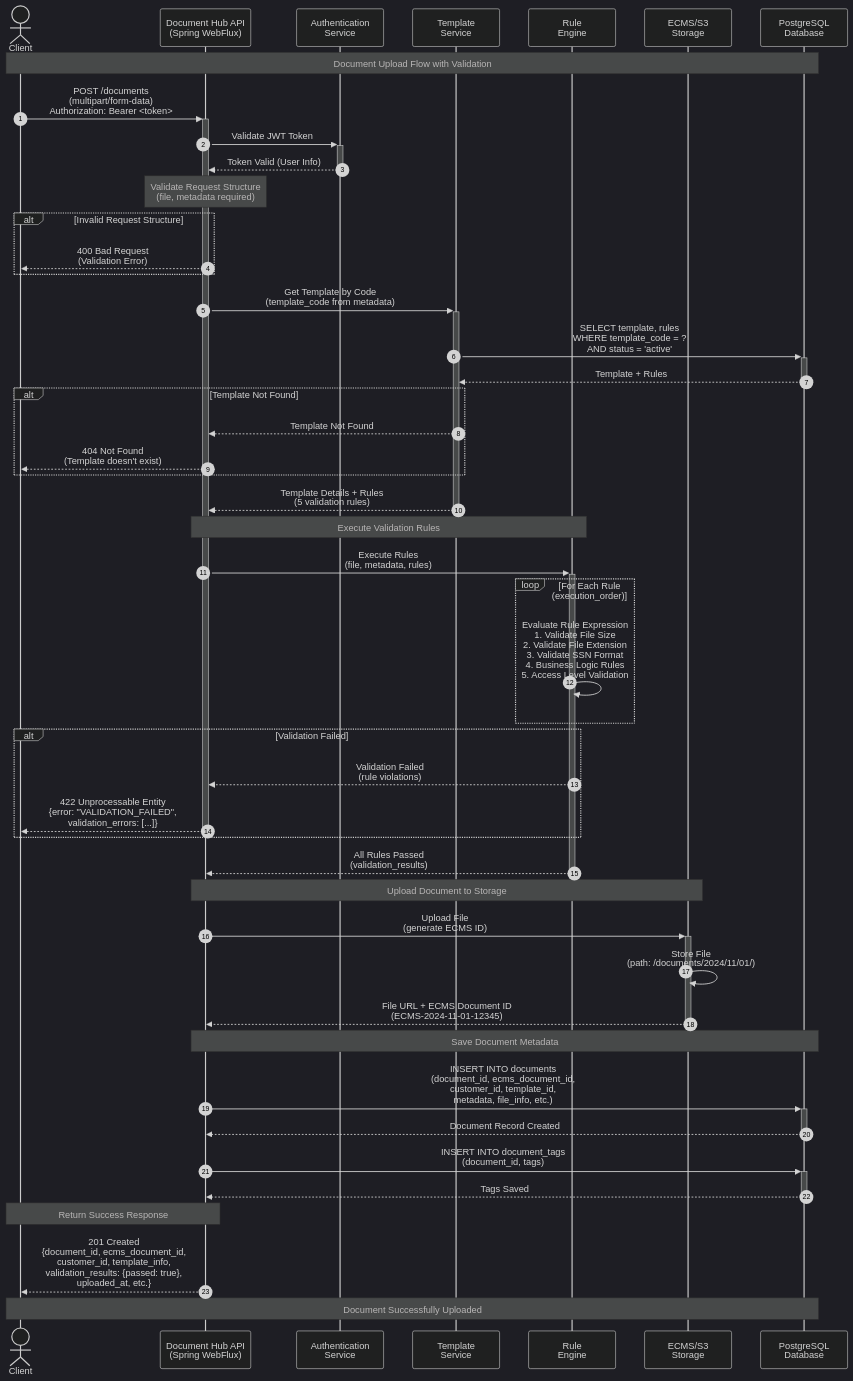
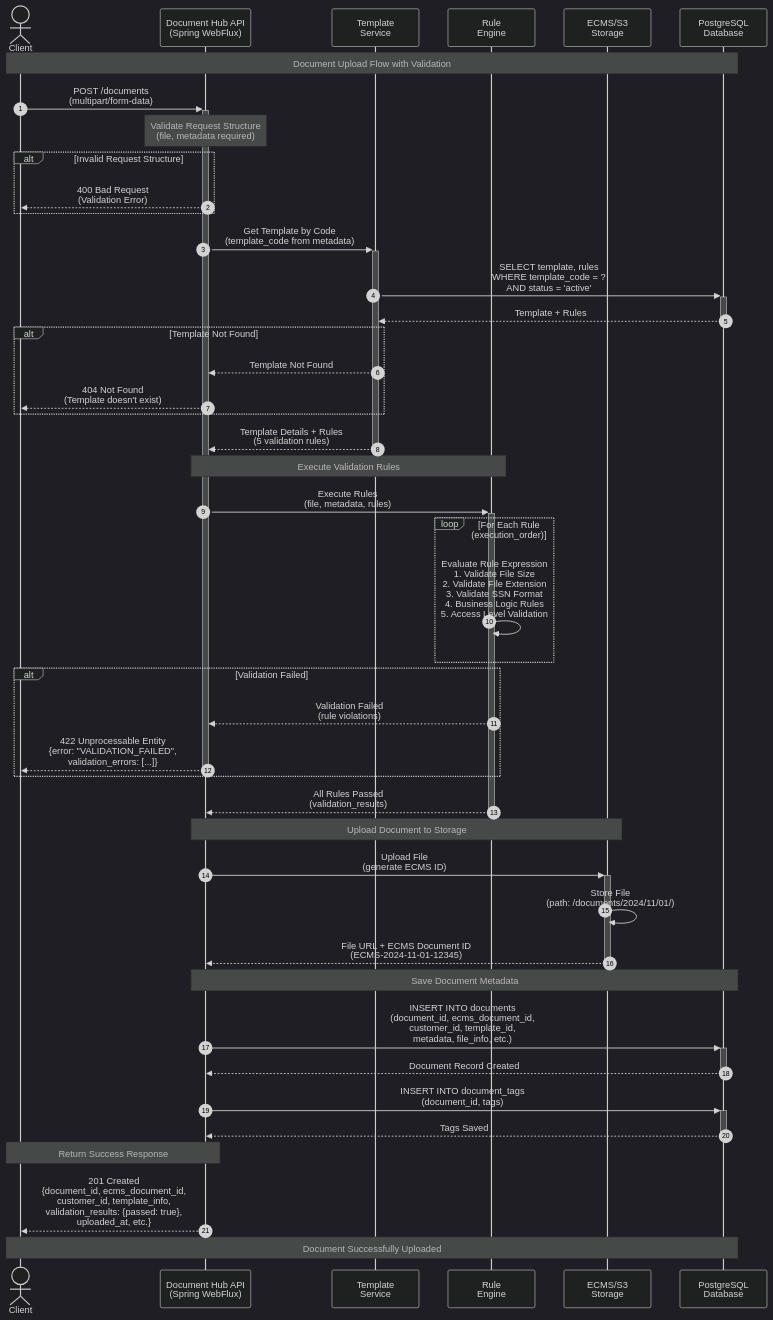
Before and after one commit to ghmd86/document-hub: the diagram in document_upload_sequence_diagram.md, drawn with Mermaid (dark theme). The commit also changed other lines of this file and 5 other files, not shown here.

First line of the commit message:
Remove authentication steps from sequence diagrams

````diff
--- a/document_upload_sequence_diagram.md
+++ b/document_upload_sequence_diagram.md
@@ -7,72 +7,69 @@
 ```mermaid
 sequenceDiagram
     autonumber
     actor Client
     participant API as Document Hub API<br/>(Spring WebFlux)
-    participant Auth as Authentication<br/>Service
     participant TemplateService as Template<br/>Service
     participant RuleEngine as Rule<br/>Engine
     participant Storage as ECMS/S3<br/>Storage
     participant DB as PostgreSQL<br/>Database
 
     Note over Client,DB: Document Upload Flow with Validation
 
-    %% Authentication Check
-    Client->>+API: POST /documents<br/>(multipart/form-data)<br/>Authorization: Bearer <token>
-    API->>+Auth: Validate JWT Token
-    Auth-->>-API: Token Valid (User Info)
+    %% Request starts (authentication handled by gateway)
+    Client->>+API: POST /documents<br/>(multipart/form-data)
 
     %% Request Validation
     Note over API: Validate Request Structure<br/>(file, metadata required)
 
     alt Invalid Request Structure
         API-->>Client: 400 Bad Request<br/>(Validation Error)
     end
 
     %% Template Retrieval
     API->>+TemplateService: Get Template by Code<br/>(template_code from metadata)
     TemplateService->>+DB: SELECT template, rules<br/>WHERE template_code = ?<br/>AND status = 'active'
     DB-->>-TemplateService: Template + Rules
 
     alt Template Not Found
         TemplateService-->>API: Template Not Found
         API-->>Client: 404 Not Found<br/>(Template doesn't exist)
     end
 
     TemplateService-->>-API: Template Details + Rules<br/>(5 validation rules)
 
     %% Rule Execution
     Note over API,RuleEngine: Execute Validation Rules
     API->>+RuleEngine: Execute Rules<br/>(file, metadata, rules)
 
     loop For Each Rule (execution_order)
         RuleEngine->>RuleEngine: Evaluate Rule Expression<br/>1. Validate File Size<br/>2. Validate File Extension<br/>3. Validate SSN Format<br/>4. Business Logic Rules<br/>5. Access Level Validation
     end
 
     alt Validation Failed
         RuleEngine-->>API: Validation Failed<br/>(rule violations)
         API-->>-Client: 422 Unprocessable Entity<br/>{error: "VALIDATION_FAILED",<br/>validation_errors: [...]}
     end
 
     RuleEngine-->>-API: All Rules Passed<br/>(validation_results)
 
     %% Store File in S3/ECMS
     Note over API,Storage: Upload Document to Storage
     API->>+Storage: Upload File<br/>(generate ECMS ID)
     Storage->>Storage: Store File<br/>(path: /documents/2024/11/01/)
     Storage-->>-API: File URL + ECMS Document ID<br/>(ECMS-2024-11-01-12345)
 
     %% Store Metadata in Database
     Note over API,DB: Save Document Metadata
     API->>+DB: INSERT INTO documents<br/>(document_id, ecms_document_id,<br/>customer_id, template_id,<br/>metadata, file_info, etc.)
     DB-->>-API: Document Record Created
 
     API->>+DB: INSERT INTO document_tags<br/>(document_id, tags)
     DB-->>-API: Tags Saved
 
     %% Success Response
     Note over API,Client: Return Success Response
     API-->>Client: 201 Created<br/>{document_id, ecms_document_id,<br/>customer_id, template_info,<br/>validation_results: {passed: true},<br/>uploaded_at, etc.}
 
     Note over Client,DB: Document Successfully Uploaded
 ```
````
